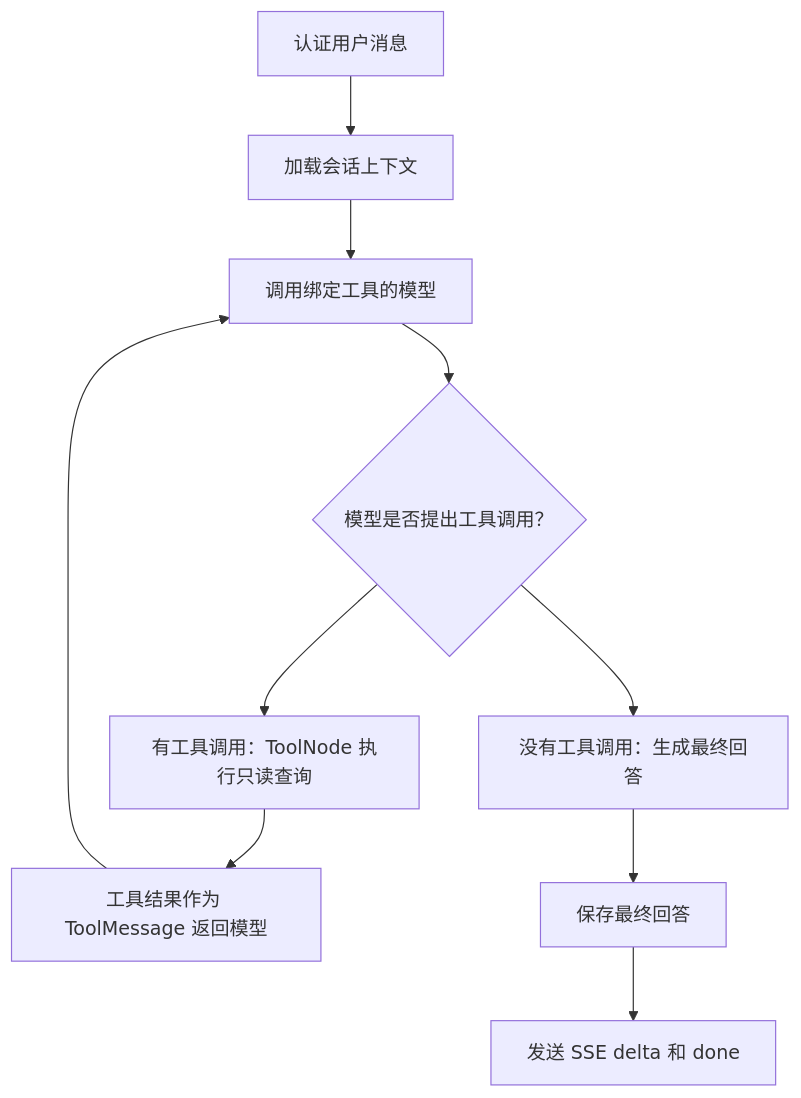
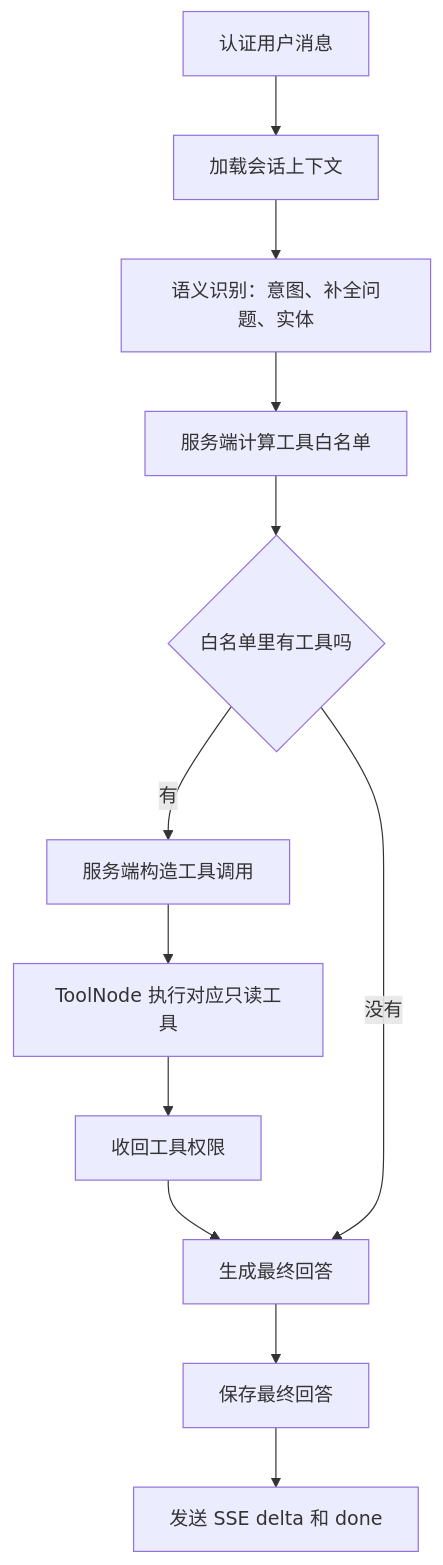
Before and after one commit to Tindalos-ik/Aiden: the diagram in docs/tools.md, drawn with Mermaid. The commit also changed other lines of this file and 16 other files, not shown here.

````diff
--- a/docs/tools.md
+++ b/docs/tools.md
@@ -19,12 +19,14 @@
 ```mermaid
 graph TD
     auth["认证用户消息"] --> context["加载会话上下文"]
-    context --> model["调用绑定工具的模型"]
-    model --> decision{"模型是否提出工具调用？"}
-    decision --> execute["有工具调用：ToolNode 执行只读查询"]
-    execute --> result["工具结果作为 ToolMessage 返回模型"]
-    result --> model
-    decision --> answer["没有工具调用：生成最终回答"]
+    context --> intent["语义识别：意图、补全问题、实体"]
+    intent --> route["服务端计算工具白名单"]
+    route --> decision{"白名单里有工具吗"}
+    decision -->|有| dispatch["服务端构造工具调用"]
+    dispatch --> execute["ToolNode 执行对应只读工具"]
+    execute --> tools_after["收回工具权限"]
+    tools_after --> answer["生成最终回答"]
+    decision -->|没有| answer
     answer --> save["保存最终回答"]
     save --> response["发送 SSE delta 和 done"]
 ```
````
